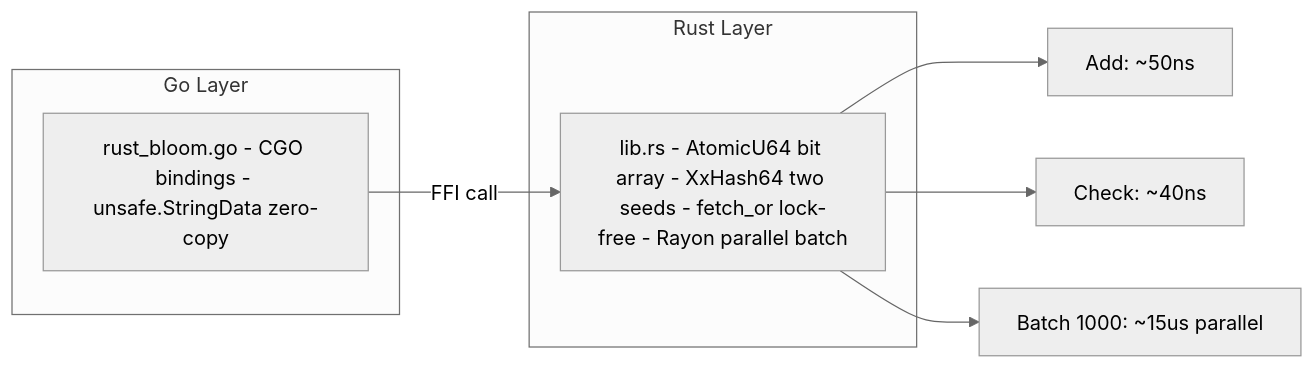
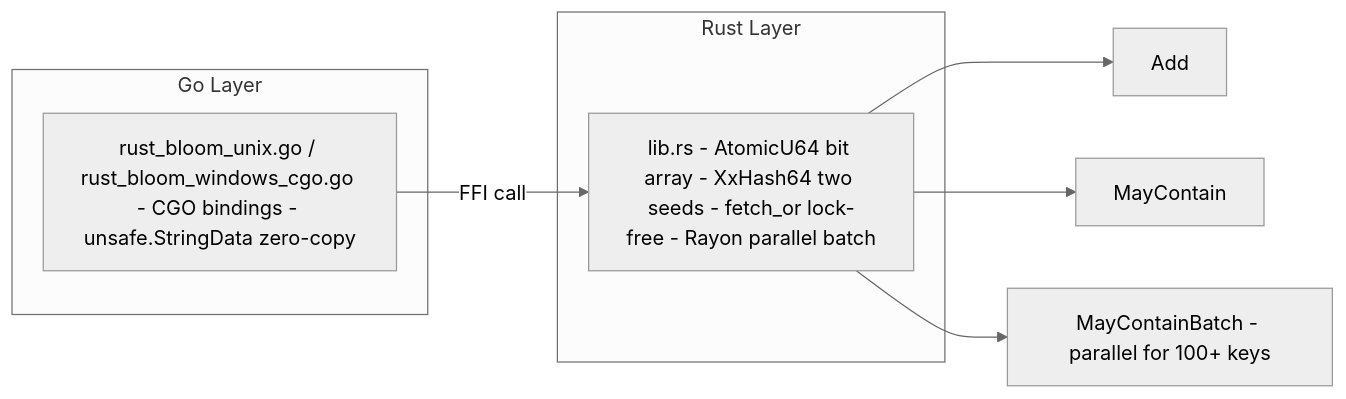
Before and after one commit to jatin711-debug/cronos_db_golang: diagram 18 of 47 in ARCHITECTURE.md, drawn with Mermaid (neutral theme). The commit also changed other lines of this file and 31 other files, not shown here.

````diff
--- a/ARCHITECTURE.md
+++ b/ARCHITECTURE.md
@@ -624,15 +674,15 @@
 ```mermaid
 graph LR
     subgraph Go Layer
-        GO[rust_bloom.go - CGO bindings - unsafe.StringData zero-copy]
+        GO[rust_bloom_unix.go / rust_bloom_windows_cgo.go - CGO bindings - unsafe.StringData zero-copy]
     end
 
     subgraph Rust Layer
         RS[lib.rs - AtomicU64 bit array - XxHash64 two seeds - fetch_or lock-free - Rayon parallel batch]
     end
 
     GO -->|FFI call| RS
-    RS --> P1[Add: ~50ns]
-    RS --> P2[Check: ~40ns]
-    RS --> P3[Batch 1000: ~15us parallel]
+    RS --> P1[Add]
+    RS --> P2[MayContain]
+    RS --> P3[MayContainBatch - parallel for 100+ keys]
 ```
````
